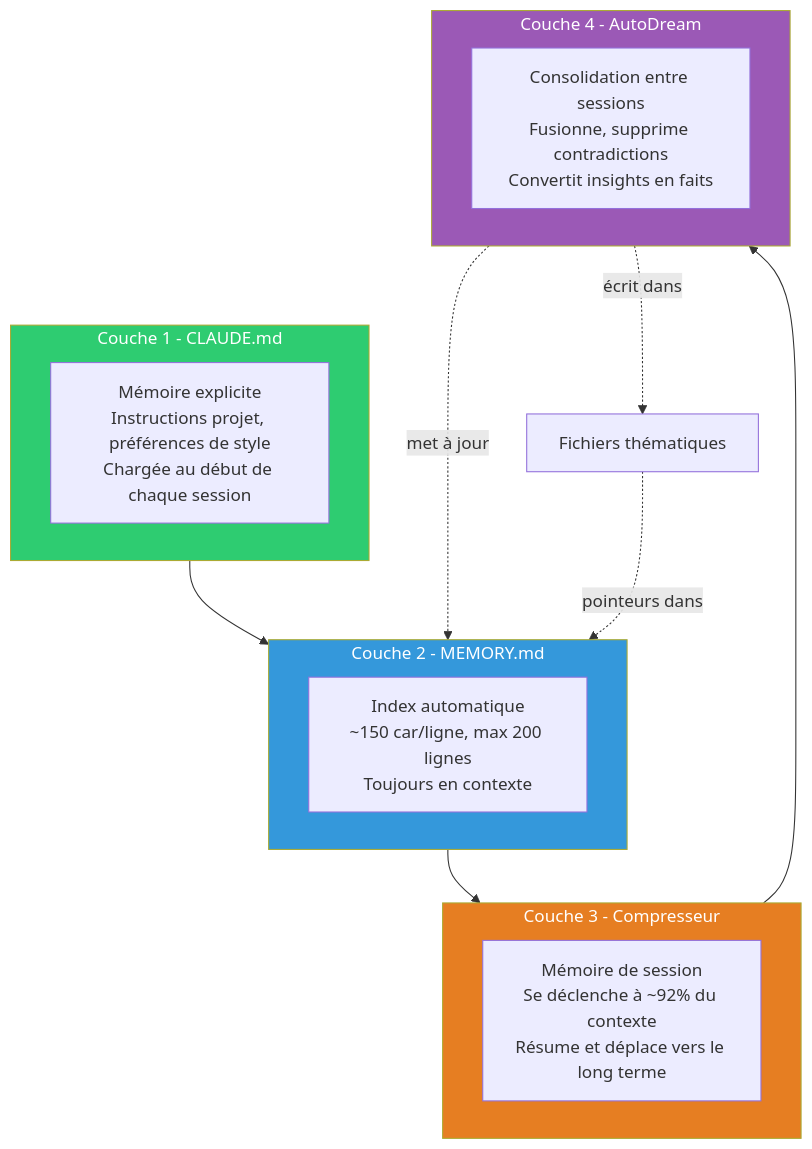
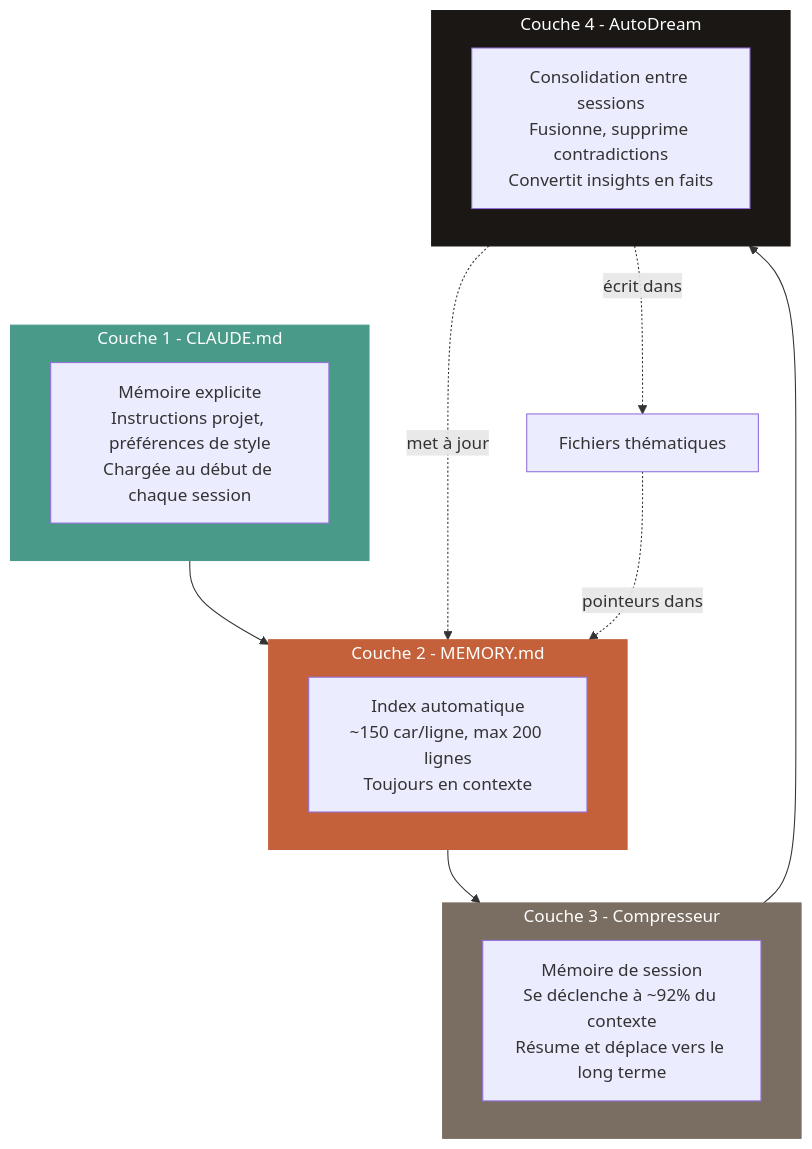
One commit to BastinFlorian/BastinFlorian.github.io changed the fifth of 8 diagrams in _posts/2026-04-01-claude-code-leak.md. Above: the diagram before and after it, drawn with Mermaid. The commit also changed other lines of this file and 3 other files, not shown here.

First line of the commit message:
FEAT: Add Mermaid diagrams, SVG recap, and fix blog visibility

````diff
--- a/_posts/2026-04-01-claude-code-leak.md
+++ b/_posts/2026-04-01-claude-code-leak.md
@@ -247,34 +251,34 @@
 ```mermaid
 flowchart TB
     subgraph C1["Couche 1 - CLAUDE.md"]
         direction LR
         C1D["Mémoire explicite\nInstructions projet, préférences de style\nChargée au début de chaque session"]
     end
 
     subgraph C2["Couche 2 - MEMORY.md"]
         direction LR
         C2D["Index automatique\n~150 car/ligne, max 200 lignes\nToujours en contexte"]
     end
 
     subgraph C3["Couche 3 - Compresseur"]
         direction LR
         C3D["Mémoire de session\nSe déclenche à ~92% du contexte\nRésume et déplace vers le long terme"]
     end
 
     subgraph C4["Couche 4 - AutoDream"]
         direction LR
         C4D["Consolidation entre sessions\nFusionne, supprime contradictions\nConvertit insights en faits"]
     end
 
     C1 --> C2
     C2 --> C3
     C3 --> C4
     C4 -.->|"met à jour"| C2
     C4 -.->|"écrit dans"| TF["Fichiers thématiques"]
     TF -.->|"pointeurs dans"| C2
 
-    style C1 fill:#2ecc71,color:#fff
-    style C2 fill:#3498db,color:#fff
-    style C3 fill:#e67e22,color:#fff
-    style C4 fill:#9b59b6,color:#fff
+    style C1 fill:#4A9A8A,color:#fff,stroke:#4A9A8A
+    style C2 fill:#C4613B,color:#fff,stroke:#C4613B
+    style C3 fill:#7A6E62,color:#fff,stroke:#7A6E62
+    style C4 fill:#1A1714,color:#fff,stroke:#1A1714
 ```
````
